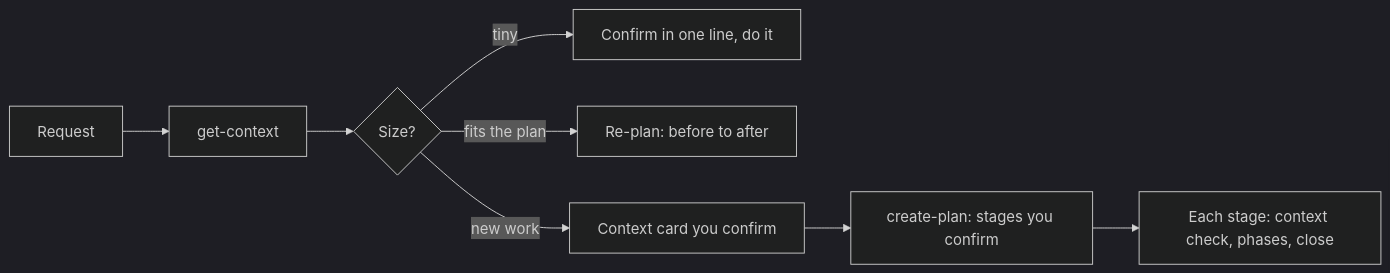
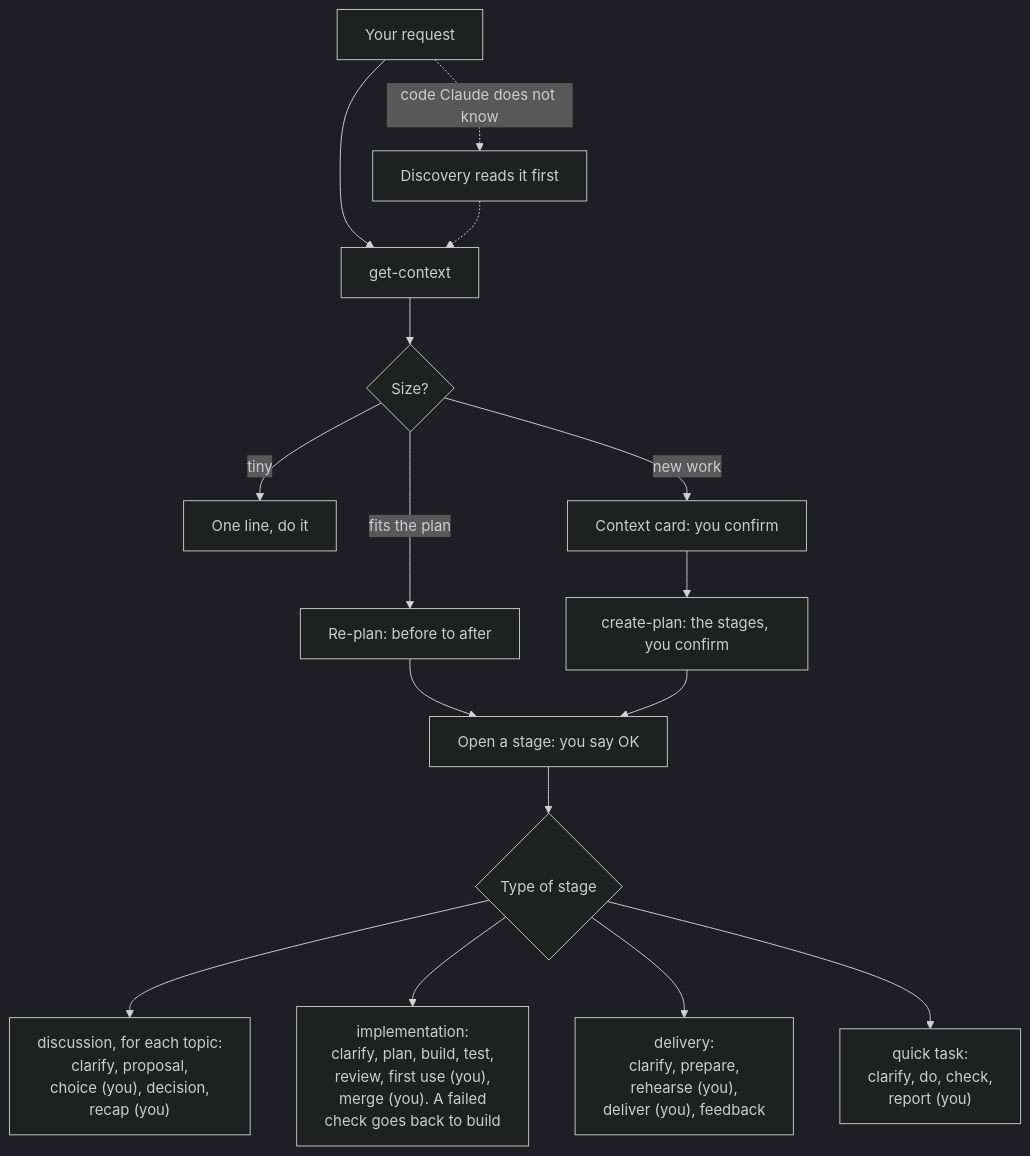
Before and after one commit to FreddyZeta1847/blueprint: the diagram in README.md, drawn with Mermaid (dark theme). The commit also changed other lines of this file, not shown here.

Commit message:
docs: README pipeline diagram redrawn with Discovery and the four stage loops; decisions file, checks/ and notes added

````diff
--- a/README.md
+++ b/README.md
@@ -29,10 +29,18 @@
 ```mermaid
-flowchart LR
-    A[Request] --> C[get-context]
+flowchart TD
+    A[Your request] --> C[get-context]
+    A -. code Claude does not know .-> X[Discovery reads it first]
+    X -.-> C
     C --> B{Size?}
-    B -- tiny --> T[Confirm in one line, do it]
+    B -- tiny --> T[One line, do it]
     B -- fits the plan --> R[Re-plan: before to after]
-    B -- new work --> K[Context card you confirm]
-    K --> P[create-plan: stages you confirm]
-    P --> S[Each stage: context check, phases, close]
+    B -- new work --> K[Context card: you confirm]
+    K --> P[create-plan: the stages, you confirm]
+    R --> O
+    P --> O[Open a stage: you say OK]
+    O --> Y{Type of stage}
+    Y --> DI["discussion, for each topic:<br/>clarify, proposal,<br/>choice (you), decision,<br/>recap (you)"]
+    Y --> IM["implementation:<br/>clarify, plan, build, test,<br/>review, first use (you),<br/>merge (you). A failed<br/>check goes back to build"]
+    Y --> DE["delivery:<br/>clarify, prepare,<br/>rehearse (you),<br/>deliver (you), feedback"]
+    Y --> QT["quick task:<br/>clarify, do, check,<br/>report (you)"]
 ```
````
